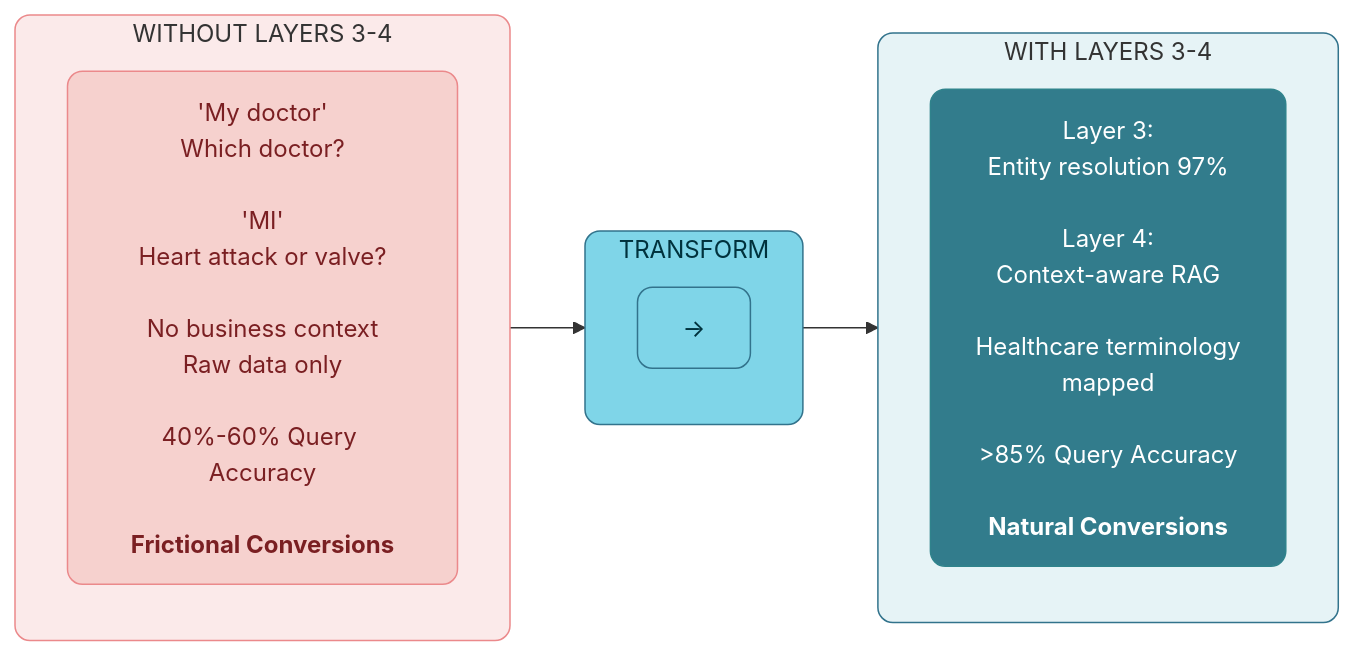
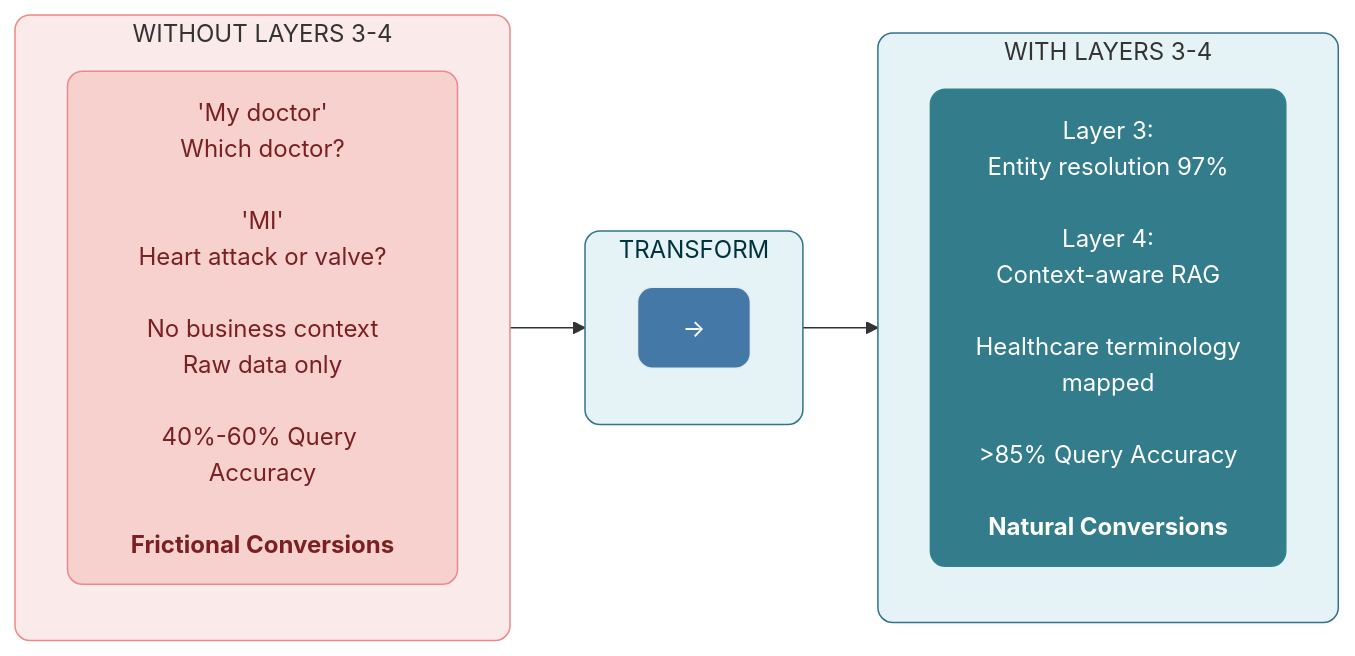
The first of 13 diagrams in manuscript/06_chapter_5_intelligence_layers.md (saitejesh-cyber/trust-before-intelligence-book), drawn with Mermaid before and after one commit. The commit also changed 4 other files, not shown here.

````diff
--- a/manuscript/06_chapter_5_intelligence_layers.md
+++ b/manuscript/06_chapter_5_intelligence_layers.md
@@ -8,30 +8,29 @@
 ```mermaid
 
 graph LR
     subgraph WITHOUT["WITHOUT LAYERS 3-4"]
         direction TB
         W1["'My doctor'<br/>Which doctor?<br/><br/>'MI'<br/>Heart attack or valve?<br/><br/>No business context<br/>Raw data only<br/><br/>40%-60% Query Accuracy<br/><br/><b>Frictional Conversions</b>"]
     end
     
     subgraph TRANSFORM["TRANSFORM"]
         direction TB
         T1["→"]
     end
     
     subgraph WITH["WITH LAYERS 3-4"]
         direction TB
         L1["Layer 3:<br/>Entity resolution 97%<br/><br/>Layer 4:<br/>Context-aware RAG<br/><br/>Healthcare terminology<br/>mapped<br/><br/>>85% Query Accuracy<br/><br/><b>Natural Conversions</b>"]
     end
     
     WITHOUT --> TRANSFORM --> WITH
     
     style WITHOUT fill:#FBEAEA,stroke:#EB898B,stroke-width:1px,rx:10,ry:10
     style W1 fill:#F6D1CE,stroke:#EB898B,stroke-width:1px,color:#7A1F22,rx:10,ry:10
-    style TRANSFORM fill:#7FD5E8,stroke:#32738C,stroke-width:1px,color:#00323D,rx:10,ry:10
-    style T1 fill:#7FD5E8,stroke:#32738C,stroke-width:1px,color:#00323D,rx:10,ry:10
+    style TRANSFORM fill:#E6F3F6,stroke:#32738C,stroke-width:1px,color:#00323D,rx:10,ry:10
+    style T1 fill:#4478A6,stroke:#e4ebed,stroke-width:1px,color:#FFFFFF,rx:10,ry:10
     style WITH fill:#E6F3F6,stroke:#32738C,stroke-width:1px,rx:10,ry:10
     style L1 fill:#327C8C,stroke:#30838C,stroke-width:1px,color:#ffffff,rx:10,ry:10
 
 
-
 ```
````
